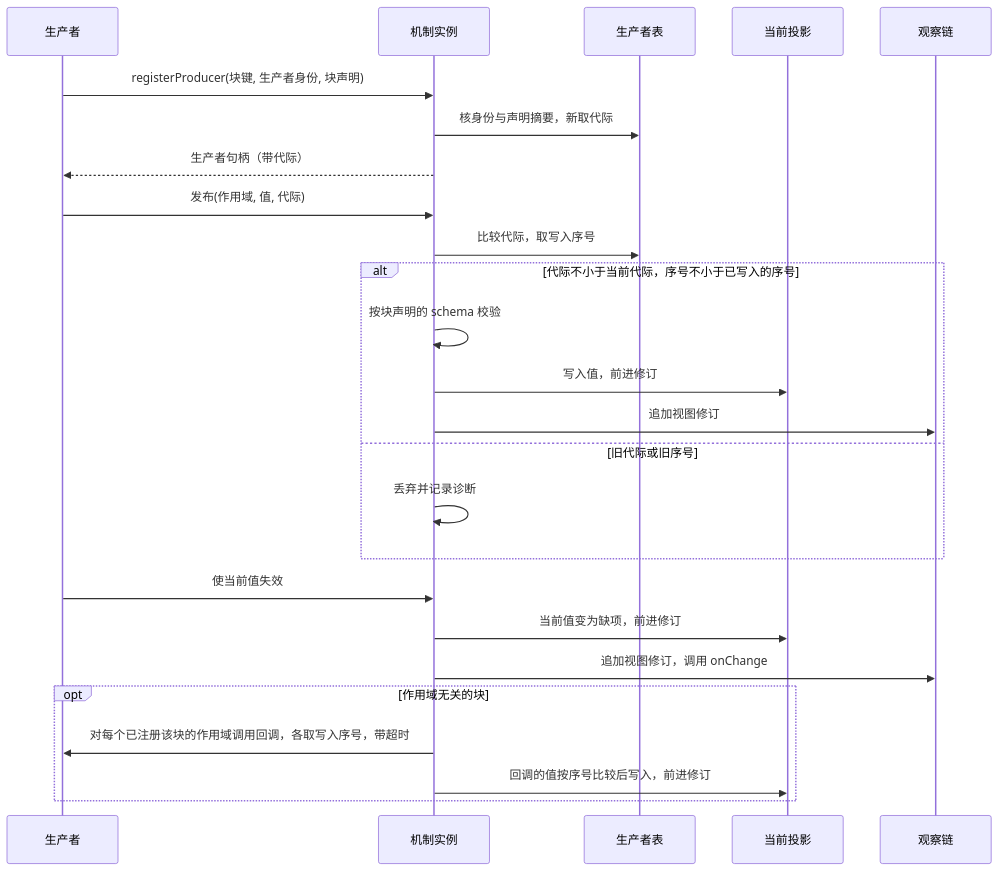
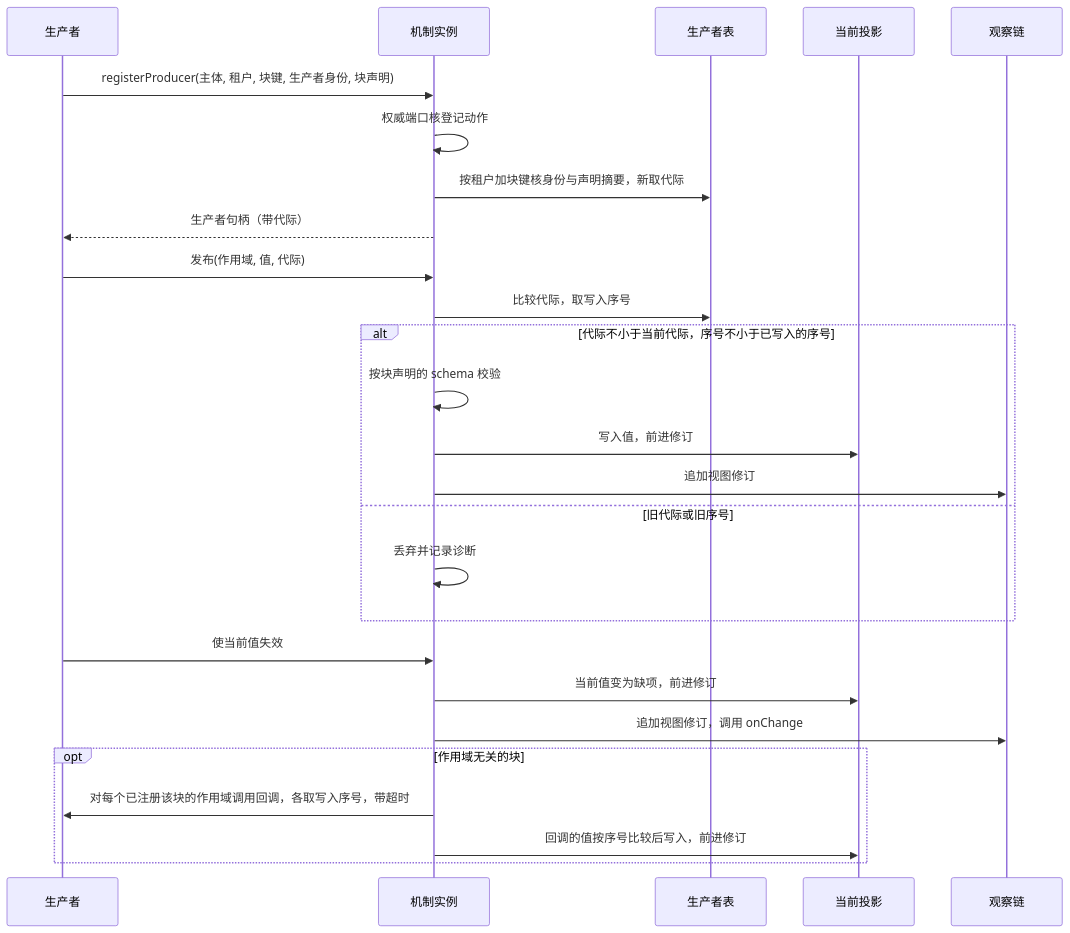
Before and after one commit to nemori-ai/omne-harness-lite: the second of 5 diagrams in packages/context/runtime-context/docs/flows.md, drawn with Mermaid. The commit also changed other lines of this file and 26 other files, not shown here.

````diff
--- a/packages/context/runtime-context/docs/flows.md
+++ b/packages/context/runtime-context/docs/flows.md
@@ -56,27 +56,28 @@
 ```mermaid
 sequenceDiagram
   participant P as 生产者
   participant M as 机制实例
   participant PT as 生产者表
   participant Proj as 当前投影
   participant Obs as 观察链
-  P->>M: registerProducer(块键, 生产者身份, 块声明)
-  M->>PT: 核身份与声明摘要，新取代际
+  P->>M: registerProducer(主体, 租户, 块键, 生产者身份, 块声明)
+  M->>M: 权威端口核登记动作
+  M->>PT: 按租户加块键核身份与声明摘要，新取代际
   M-->>P: 生产者句柄（带代际）
   P->>M: 发布(作用域, 值, 代际)
   M->>PT: 比较代际，取写入序号
   alt 代际不小于当前代际，序号不小于已写入的序号
     M->>M: 按块声明的 schema 校验
     M->>Proj: 写入值，前进修订
     M->>Obs: 追加视图修订
   else 旧代际或旧序号
     M->>M: 丢弃并记录诊断
   end
   P->>M: 使当前值失效
   M->>Proj: 当前值变为缺项，前进修订
   M->>Obs: 追加视图修订，调用 onChange
   opt 作用域无关的块
     M->>P: 对每个已注册该块的作用域调用回调，各取写入序号，带超时
     M->>Proj: 回调的值按序号比较后写入，前进修订
   end
 ```
````
